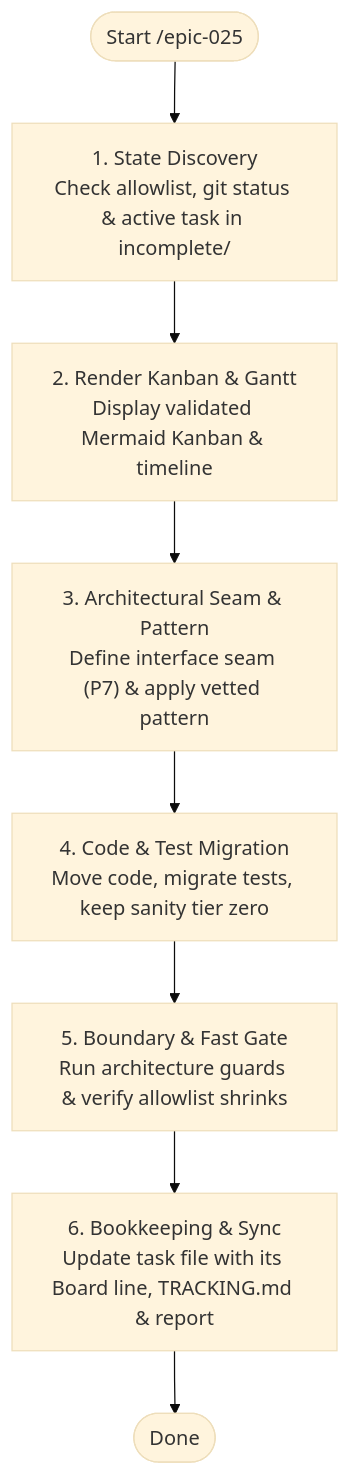
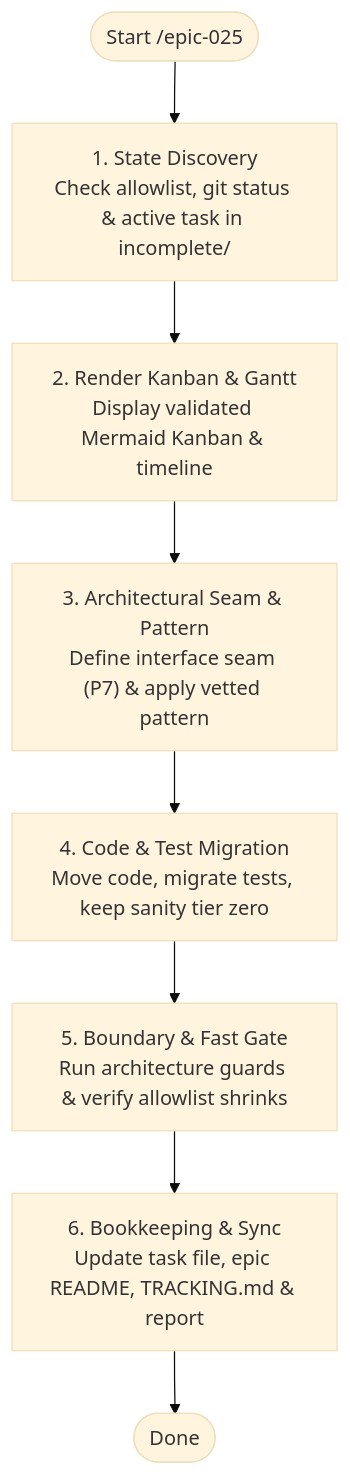
Before and after one commit to anhembedded/Sagittarius_Elite_Warrior: the diagram in .claude/skills/epic-025/SKILL.md, drawn with Mermaid (base theme). The commit also changed other lines of this file and 32 other files, not shown here.

First line of the commit message:
fix(tasks): the board reads every task file and its guard every list shape

````diff
--- a/.claude/skills/epic-025/SKILL.md
+++ b/.claude/skills/epic-025/SKILL.md
@@ -14,10 +14,10 @@
 ```mermaid
 flowchart TD
     Start(["Start /epic-025"]) --> State["1. State Discovery<br/>Check allowlist, git status & active task in incomplete/"]
     State --> Board["2. Render Kanban & Gantt<br/>Display validated Mermaid Kanban & timeline"]
     Board --> Seam["3. Architectural Seam & Pattern<br/>Define interface seam (P7) & apply vetted pattern"]
     Seam --> Migrate["4. Code & Test Migration<br/>Move code, migrate tests, keep sanity tier zero"]
     Migrate --> Gate["5. Boundary & Fast Gate<br/>Run architecture guards & verify allowlist shrinks"]
-    Gate --> Sync["6. Bookkeeping & Sync<br/>Update task file with its Board line, TRACKING.md & report"]
+    Gate --> Sync["6. Bookkeeping & Sync<br/>Update task file, epic README, TRACKING.md & report"]
     Sync --> Done(["Done"])
 ```
````
